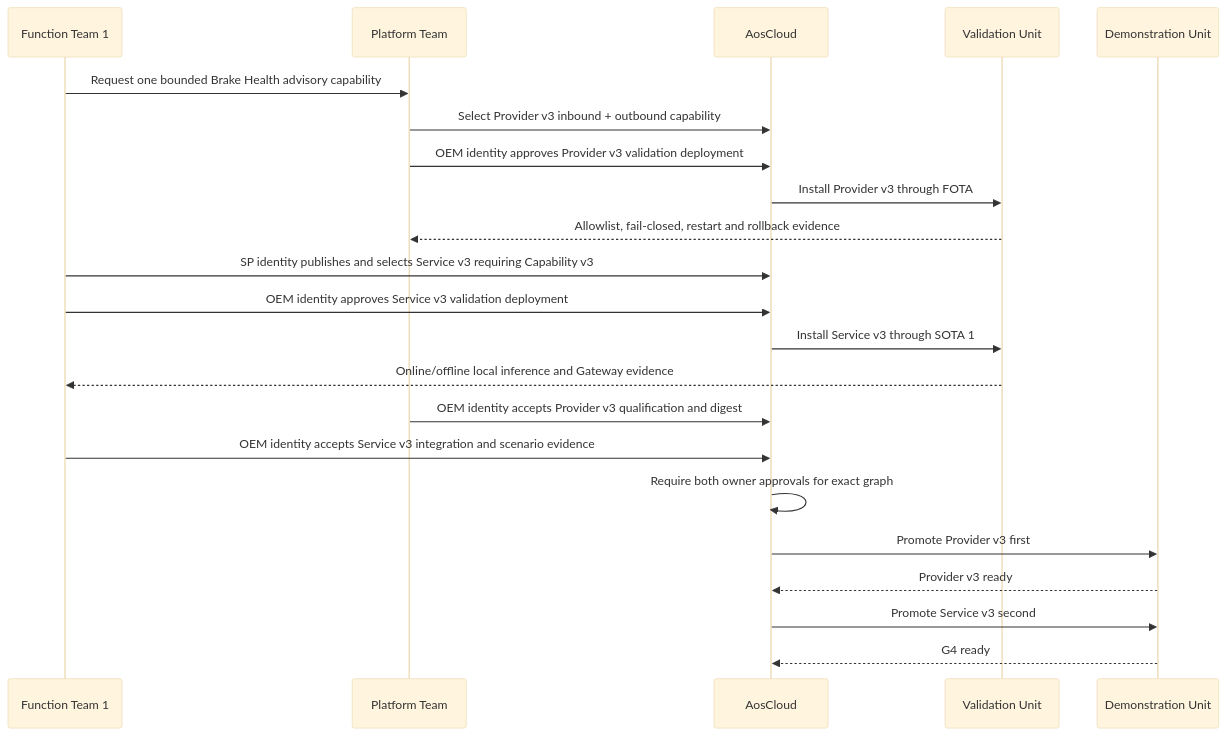
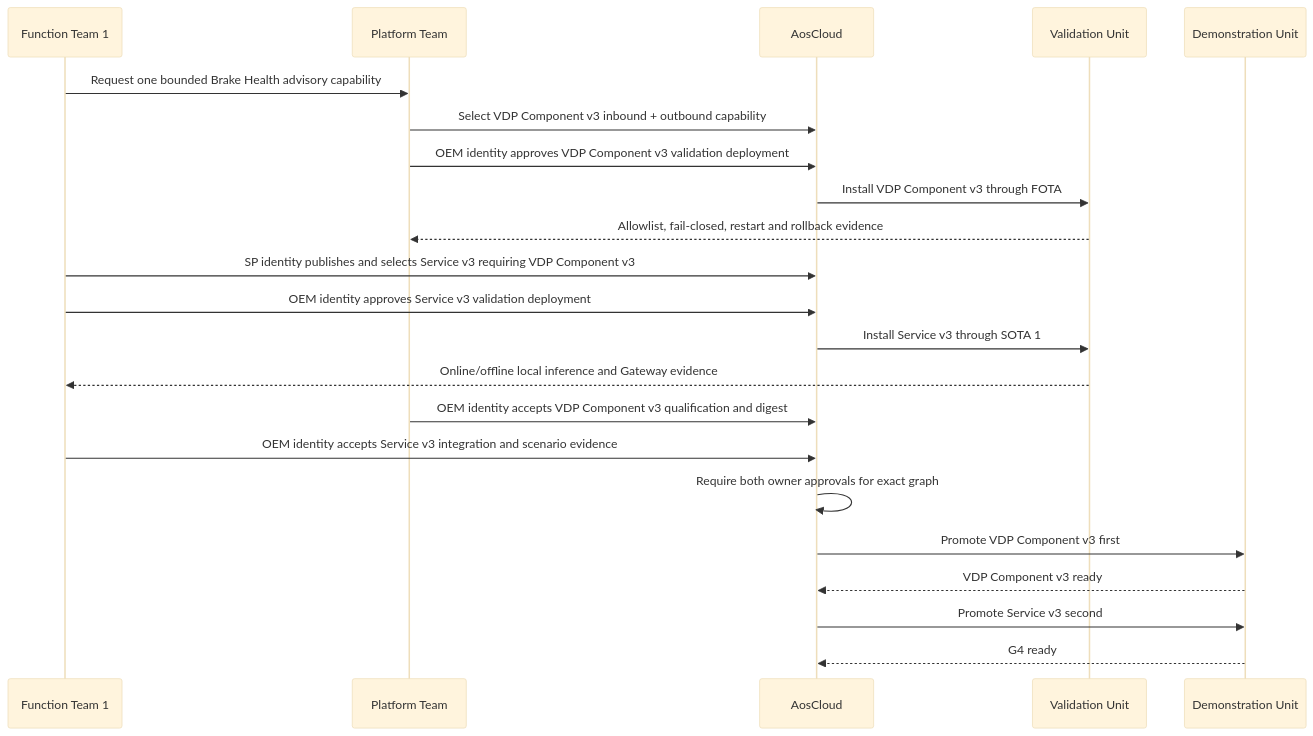
Diagram 13 of 18 in docs/architecture/demo-scenario-architecture-flows.md (alexmaninblack/aosedge-sdv-demo), drawn with Mermaid (base theme) before and after one commit. The commit also changed other lines of this file and 32 other files, not shown here.

````diff
--- a/docs/architecture/demo-scenario-architecture-flows.md
+++ b/docs/architecture/demo-scenario-architecture-flows.md
@@ -668,25 +714,25 @@
 ```mermaid
 sequenceDiagram
     participant FT1 as Function Team 1
     participant PT as Platform Team
     participant AC as AosCloud
     participant VU as Validation Unit
     participant DU as Demonstration Unit
 
     FT1->>PT: Request one bounded Brake Health advisory capability
-    PT->>AC: Select Provider v3 inbound + outbound capability
-    PT->>AC: OEM identity approves Provider v3 validation deployment
-    AC->>VU: Install Provider v3 through FOTA
+    PT->>AC: Select VDP Component v3 inbound + outbound capability
+    PT->>AC: OEM identity approves VDP Component v3 validation deployment
+    AC->>VU: Install VDP Component v3 through FOTA
     VU-->>PT: Allowlist, fail-closed, restart and rollback evidence
-    FT1->>AC: SP identity publishes and selects Service v3 requiring Capability v3
+    FT1->>AC: SP identity publishes and selects Service v3 requiring VDP Component v3
     FT1->>AC: OEM identity approves Service v3 validation deployment
     AC->>VU: Install Service v3 through SOTA 1
     VU-->>FT1: Online/offline local inference and Gateway evidence
-    PT->>AC: OEM identity accepts Provider v3 qualification and digest
+    PT->>AC: OEM identity accepts VDP Component v3 qualification and digest
     FT1->>AC: OEM identity accepts Service v3 integration and scenario evidence
     AC->>AC: Require both owner approvals for exact graph
-    AC->>DU: Promote Provider v3 first
-    DU-->>AC: Provider v3 ready
+    AC->>DU: Promote VDP Component v3 first
+    DU-->>AC: VDP Component v3 ready
     AC->>DU: Promote Service v3 second
     DU-->>AC: G4 ready
 ```
````
